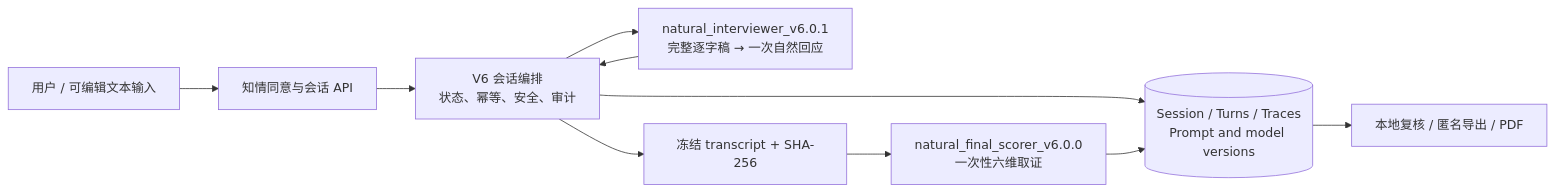
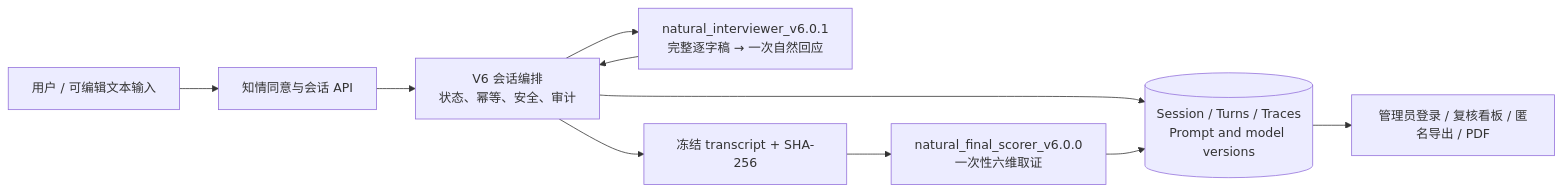
The first of 2 diagrams in docs/ARCHITECTURE.md (aBcDd-zm/critical-thinking-assessment-v6), drawn with Mermaid before and after one commit. The commit also changed other lines of this file and 39 other files, not shown here.

````diff
--- a/docs/ARCHITECTURE.md
+++ b/docs/ARCHITECTURE.md
@@ -5,12 +5,12 @@
 ```mermaid
 flowchart LR
     U["用户 / 可编辑文本输入"] --> C["知情同意与会话 API"]
     C --> S["V6 会话编排\n状态、幂等、安全、审计"]
     S --> I["natural_interviewer_v6.0.1\n完整逐字稿 → 一次自然回应"]
     I --> S
     S --> D[("Session / Turns / Traces\nPrompt and model versions")]
     S --> F["冻结 transcript + SHA-256"]
     F --> R["natural_final_scorer_v6.0.0\n一次性六维取证"]
     R --> D
-    D --> A["本地复核 / 匿名导出 / PDF"]
+    D --> A["管理员登录 / 复核看板 / 匿名导出 / PDF"]
 ```
````
